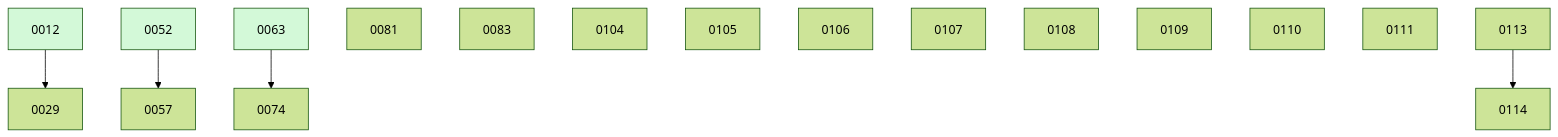
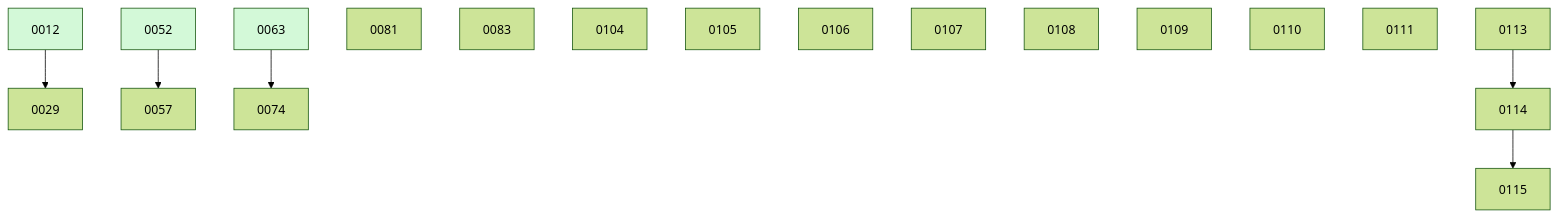
The diagram in docs/changes/BOARD.md (ethanhinson/fuse), drawn with Mermaid (forest theme) before and after one commit. The commit also changed other lines of this file and 1 other file, not shown here.

````diff
--- a/docs/changes/BOARD.md
+++ b/docs/changes/BOARD.md
@@ -40,22 +41,23 @@
 ```mermaid
 graph TD
   0012 --> 0029
   0052 --> 0057
   0063 --> 0074
   0081
   0083
   0104
   0105
   0106
   0107
   0108
   0109
   0110
   0111
   0113
   0113 --> 0114
+  0114 --> 0115
   0012:::done
   0052:::done
   0063:::done
   classDef done fill:#d3f9d8;
 ```
````
